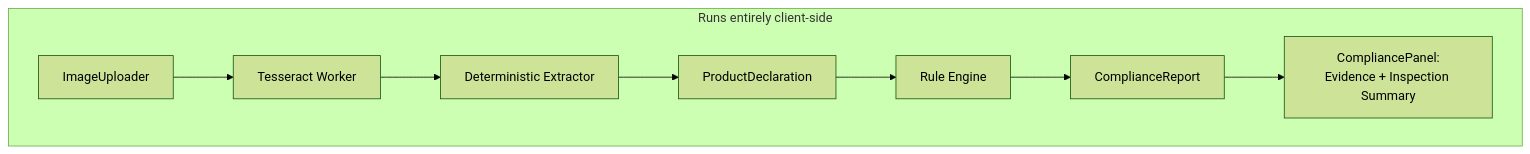
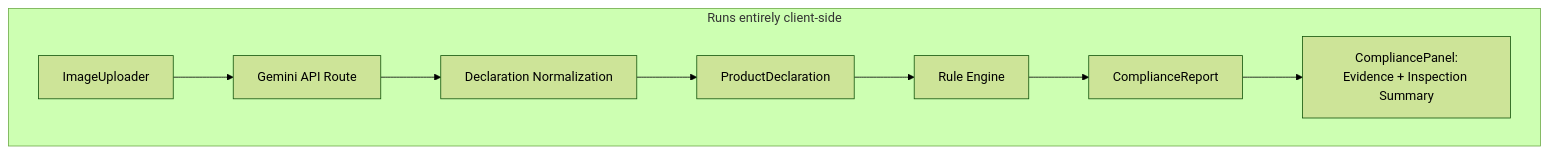
One commit to divya-a2437/metroscan changed the second of 2 diagrams in README.md. Above: the diagram before and after it, drawn with Mermaid (forest theme). The commit also changed other lines of this file, not shown here.

````diff
--- a/README.md
+++ b/README.md
@@ -65,11 +65,11 @@
 ```mermaid
 flowchart TD
     subgraph Browser [Runs entirely client-side]
-        A[ImageUploader] --> B[Tesseract Worker]
-        B --> C[Deterministic Extractor]
+        A[ImageUploader] --> B[Gemini API Route]
+        B --> C[Declaration Normalization]
         C --> D[ProductDeclaration]
         D --> E[Rule Engine]
         E --> F[ComplianceReport]
         F --> G[CompliancePanel:<br/>Evidence + Inspection Summary]
     end
 ```
````
